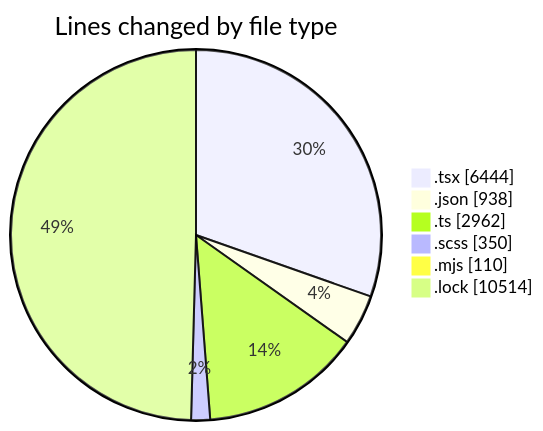
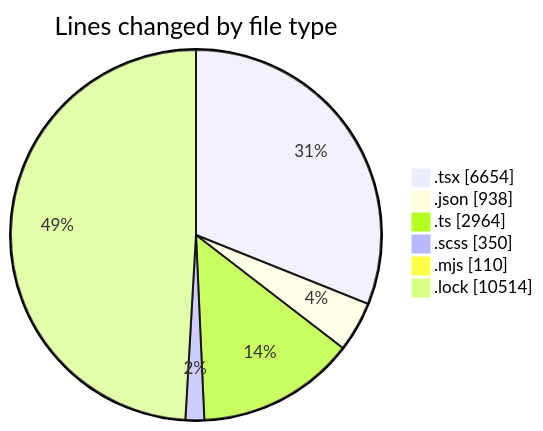
The first of 2 diagrams in 2026-05-12/cda/README.md (momahboobian/code-tracking), drawn with Mermaid before and after one commit. The commit also changed other lines of this file and 1 other file, not shown here.

````diff
--- a/2026-05-12/cda/README.md
+++ b/2026-05-12/cda/README.md
@@ -51,10 +52,10 @@
 ```mermaid
 pie showData
 title Lines changed by file type
-".tsx" : 6444
+".tsx" : 6654
 ".json" : 938
-".ts" : 2962
+".ts" : 2964
 ".scss" : 350
 ".mjs" : 110
 ".lock" : 10514
 ```
````
